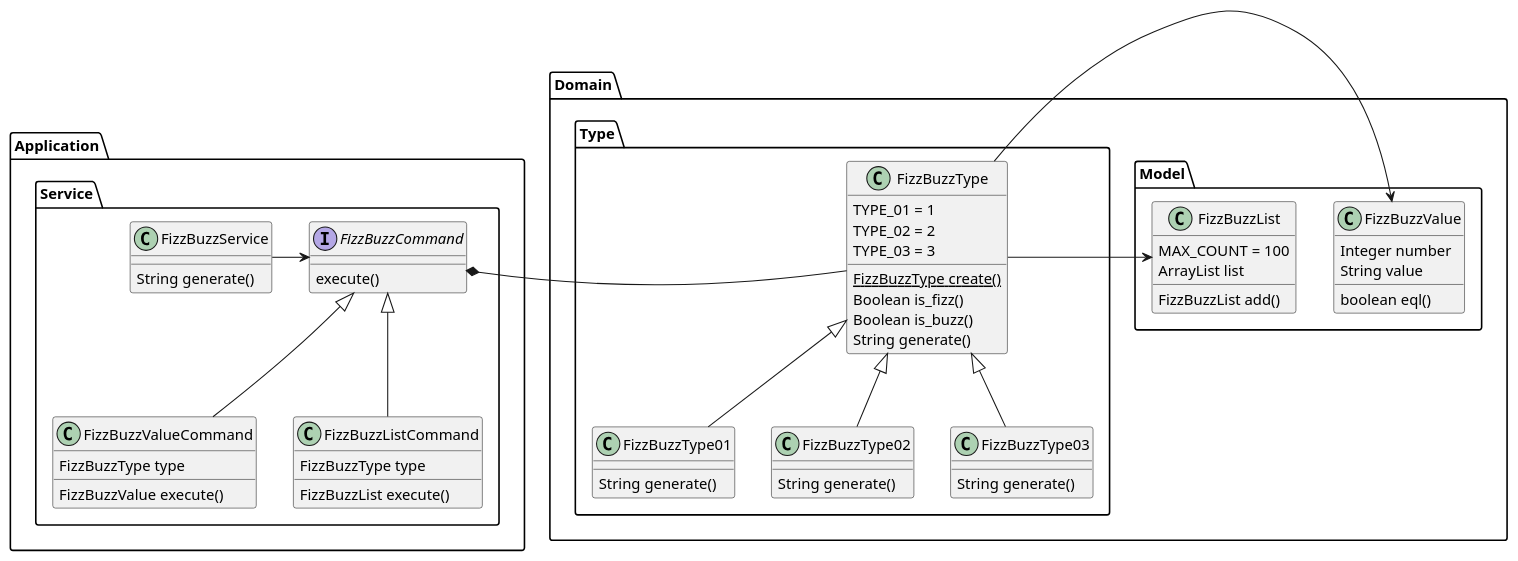
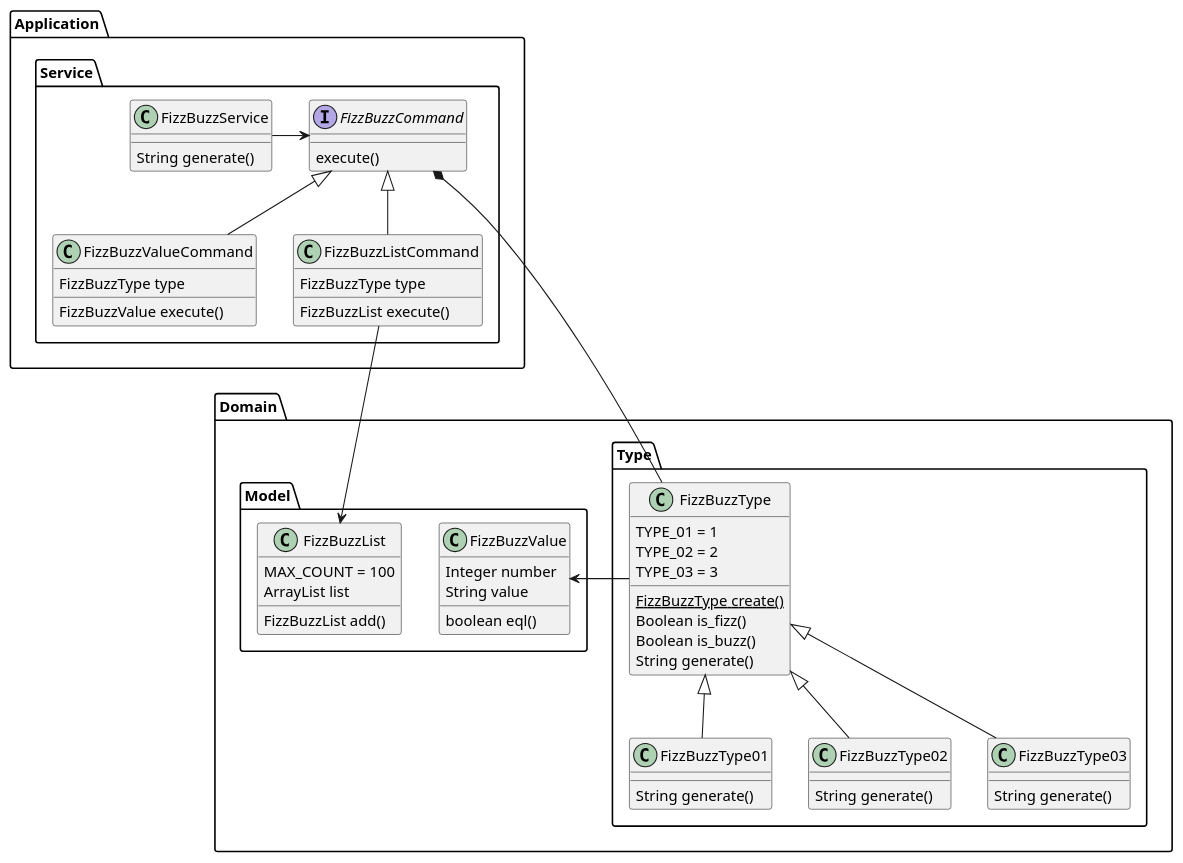
One commit to hiroshima-arc/tdd_rb changed the diagram in docs/src/spec/fizz_buzz.adoc. Above: the diagram before and after it, drawn with PlantUML. The commit also changed 8 other files, not shown here.

Commit message:
docs: クラス図更新

```diff
--- a/docs/src/spec/fizz_buzz.adoc
+++ b/docs/src/spec/fizz_buzz.adoc
@@ -57,74 +57,74 @@
 [plantuml]
 ----
 
 package Application {
   package Service {
     class FizzBuzzService {
       String generate()
     }
     interface FizzBuzzCommand {
       execute()
     }
 
     class FizzBuzzValueCommand {
       FizzBuzzType type
       FizzBuzzValue execute()
     }
 
     class FizzBuzzListCommand {
       FizzBuzzType type
       FizzBuzzList execute()
     }
   }
 }
 
 package Domain {
     package Model {
       class FizzBuzzValue {
         Integer number
         String value
         boolean eql()
       }
 
       class FizzBuzzList {
         MAX_COUNT = 100
         ArrayList list
         FizzBuzzList add()
       }
     }
 
     package Type {
       class FizzBuzzType {
         TYPE_01 = 1
         TYPE_02 = 2
         TYPE_03 = 3
         FizzBuzzType {static} create()
         Boolean is_fizz()
         Boolean is_buzz()
         String generate()
       }
 
       class FizzBuzzType01 {
         String generate()
       }
 
       class FizzBuzzType02 {
         String generate()
       }
 
       class FizzBuzzType03 {
         String generate()
       }
     }
 }
 FizzBuzzService -> FizzBuzzCommand
 FizzBuzzCommand <|-- FizzBuzzValueCommand
 FizzBuzzCommand <|-- FizzBuzzListCommand
 FizzBuzzCommand *- FizzBuzzType
 FizzBuzzType <|-- FizzBuzzType01
 FizzBuzzType <|-- FizzBuzzType02
 FizzBuzzType <|-- FizzBuzzType03
 FizzBuzzType -> FizzBuzzValue
-FizzBuzzType -> FizzBuzzList
+FizzBuzzListCommand --> FizzBuzzList
 
 ----
```
